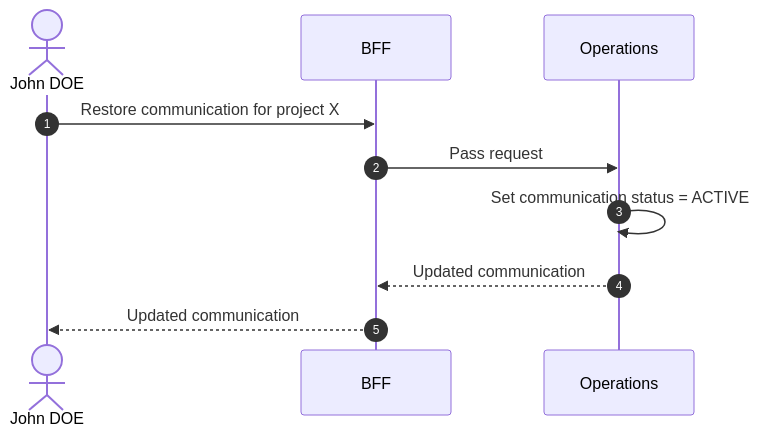
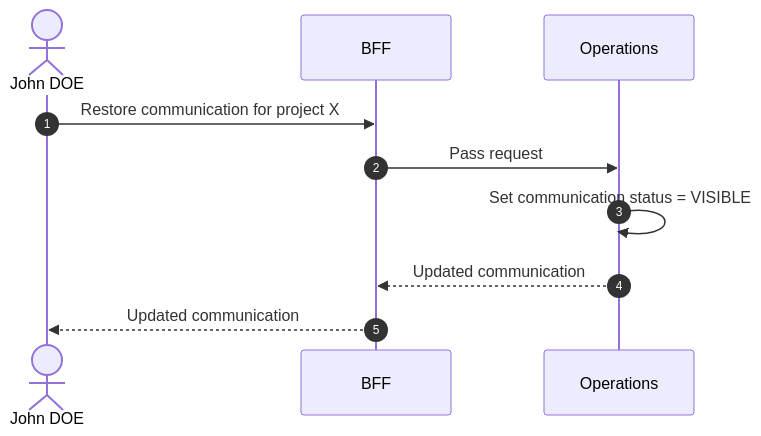
One commit to laucoin/my-project--documentation changed the diagram in functional/features/restore-communication.md. Above: the diagram before and after it, drawn with Mermaid. The commit also changed other lines of this file and 60 other files, not shown here.

````diff
--- a/functional/features/restore-communication.md
+++ b/functional/features/restore-communication.md
@@ -43,10 +37,10 @@
 ```mermaid
 sequenceDiagram
     autonumber
     actor John DOE
     John DOE ->> BFF: Restore communication for project X
     BFF ->> Operations: Pass request
-    Operations ->> Operations: Set communication status = ACTIVE
+    Operations ->> Operations: Set communication status = VISIBLE
     Operations -->> BFF: Updated communication
     BFF -->> John DOE: Updated communication
 ```
````
